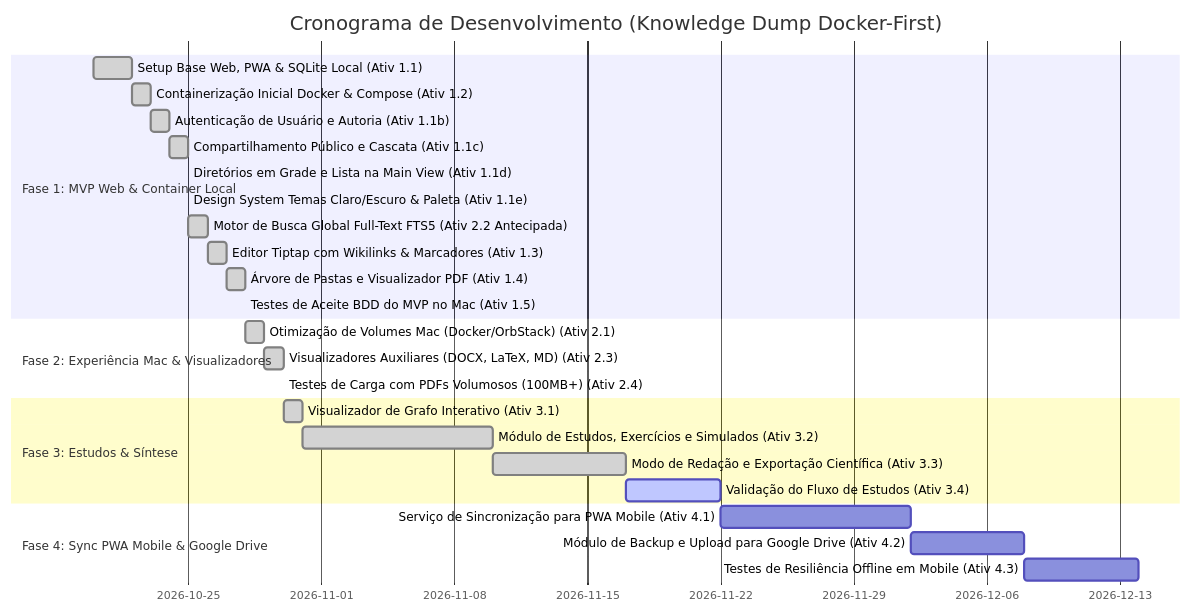
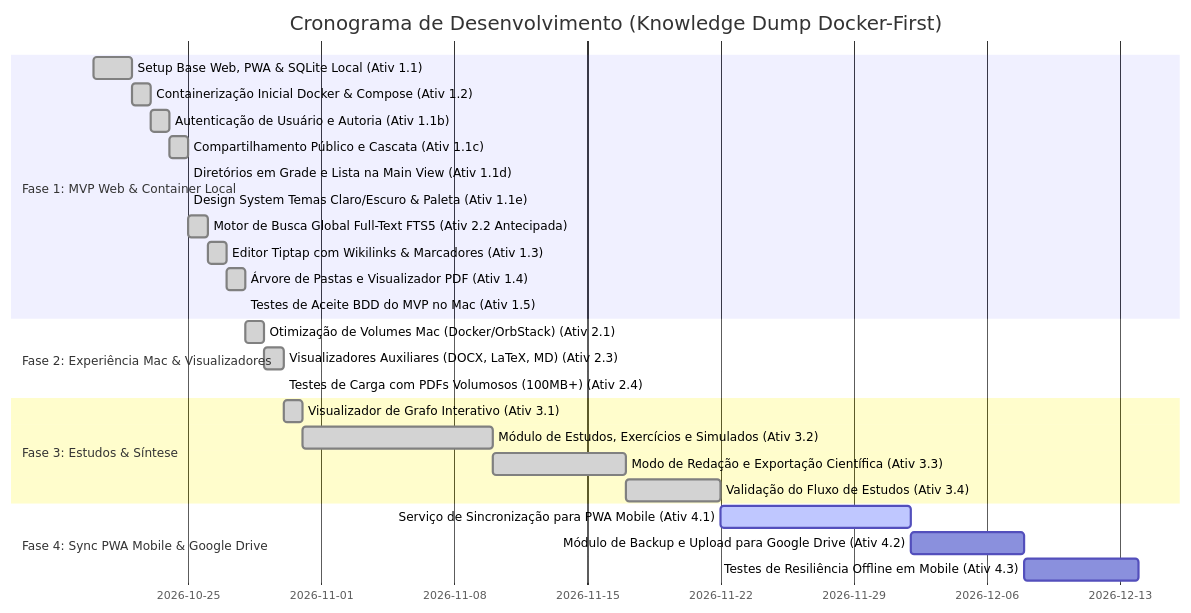
One commit to victor-reghini/knowledge-dump changed the second of 2 diagrams in docs/arquitetura_e_roadmap.md. Above: the diagram before and after it, drawn with Mermaid. The commit also changed other lines of this file and 2 other files, not shown here.

````diff
--- a/docs/arquitetura_e_roadmap.md
+++ b/docs/arquitetura_e_roadmap.md
@@ -56,32 +56,32 @@
 ```mermaid
 gantt
     title Cronograma de Desenvolvimento (Knowledge Dump Docker-First)
     dateFormat  YYYY-MM-DD
     section Fase 1: MVP Web & Container Local
     Setup Base Web, PWA & SQLite Local (Ativ 1.1)             :done, a1, 2026-10-20, 2026-10-22
     Containerização Inicial Docker & Compose (Ativ 1.2)        :done, a2, 2026-10-22, 2026-10-23
     Autenticação de Usuário e Autoria (Ativ 1.1b)              :done, a1b, 2026-10-23, 2026-10-24
     Compartilhamento Público e Cascata (Ativ 1.1c)             :done, a1c, 2026-10-24, 2026-10-25
     Diretórios em Grade e Lista na Main View (Ativ 1.1d)       :done, a1d, 2026-10-25, 2026-10-25
     Design System Temas Claro/Escuro & Paleta (Ativ 1.1e)      :done, a1e, 2026-10-25, 2026-10-25
     Motor de Busca Global Full-Text FTS5 (Ativ 2.2 Antecipada) :done, b2, 2026-10-25, 2026-10-26
     Editor Tiptap com Wikilinks & Marcadores (Ativ 1.3)        :done, a3, 2026-10-26, 2026-10-27
     Árvore de Pastas e Visualizador PDF (Ativ 1.4)             :done, a4, 2026-10-27, 2026-10-28
     Testes de Aceite BDD do MVP no Mac (Ativ 1.5)              :done, a5, 2026-10-28, 2026-10-28
 
     section Fase 2: Experiência Mac & Visualizadores
     Otimização de Volumes Mac (Docker/OrbStack) (Ativ 2.1)     :done, b1, 2026-10-28, 2026-10-29
     Visualizadores Auxiliares (DOCX, LaTeX, MD) (Ativ 2.3)     :done, b3, 2026-10-29, 2026-10-30
     Testes de Carga com PDFs Volumosos (100MB+) (Ativ 2.4)     :done, b4, 2026-10-30, 2026-10-30
 
     section Fase 3: Estudos & Síntese
     Visualizador de Grafo Interativo (Ativ 3.1)                :done, c1, 2026-10-30, 2026-10-31
     Módulo de Estudos, Exercícios e Simulados (Ativ 3.2)       :done, c2, after c1, 10d
     Modo de Redação e Exportação Científica (Ativ 3.3)         :done, c3, after c2, 7d
-    Validação do Fluxo de Estudos (Ativ 3.4)                   :active, c4, after c3, 5d
+    Validação do Fluxo de Estudos (Ativ 3.4)                   :done, c4, after c3, 5d
 
     section Fase 4: Sync PWA Mobile & Google Drive
-    Serviço de Sincronização para PWA Mobile (Ativ 4.1)        :d1, after c4, 10d
+    Serviço de Sincronização para PWA Mobile (Ativ 4.1)        :active, d1, after c4, 10d
     Módulo de Backup e Upload para Google Drive (Ativ 4.2)     :d2, after d1, 6d
     Testes de Resiliência Offline em Mobile (Ativ 4.3)         :d3, after d2, 6d
 ```
````
